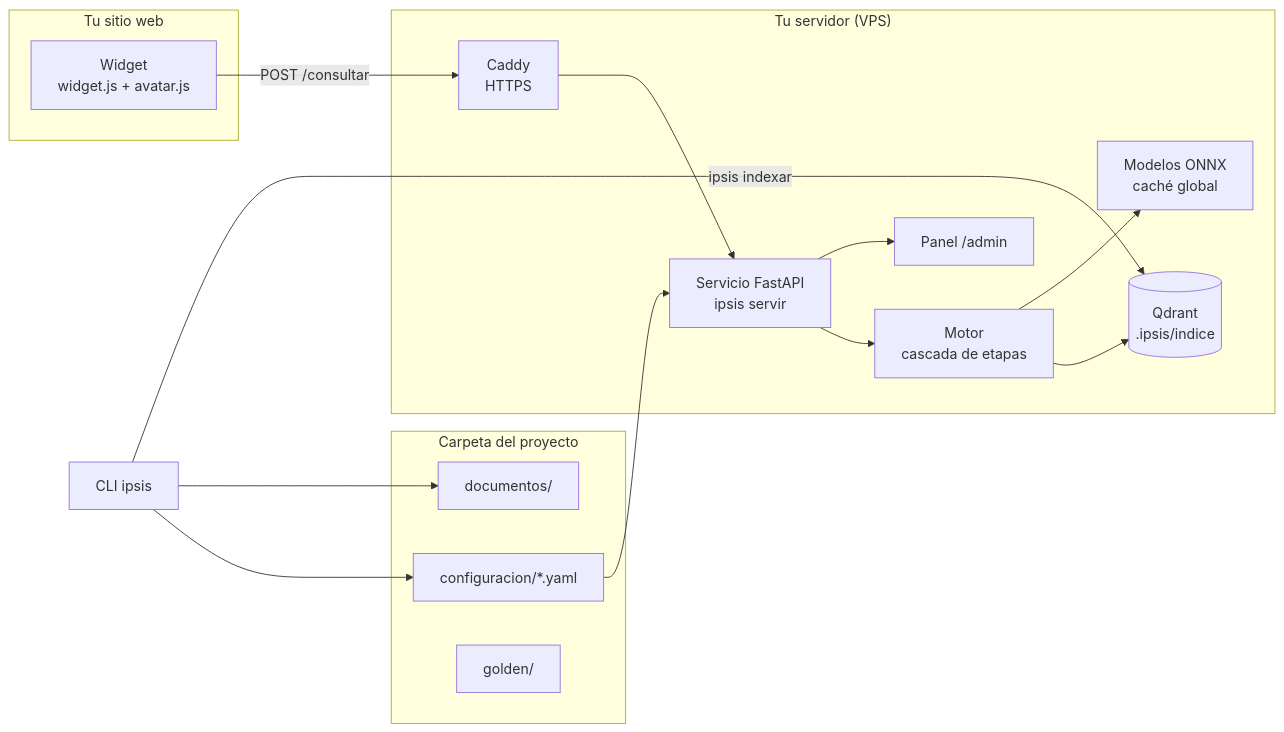
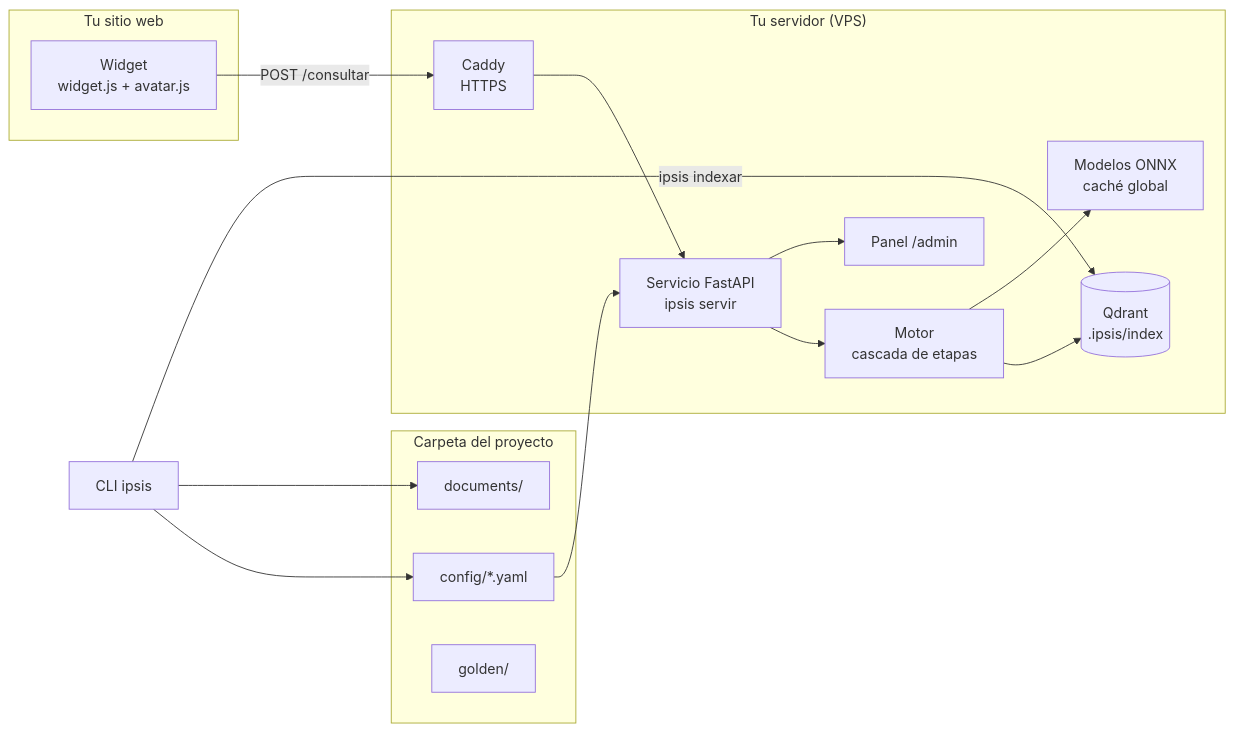
One commit to ClaudioH19/ipsis changed the first of 6 diagrams in docs/arquitectura.md. Above: the diagram before and after it, drawn with Mermaid. The commit also changed other lines of this file and 120 other files, not shown here.

First line of the commit message:
Fase 2 de ipsis: proyecto y configuración en inglés (config_version 5)

````diff
--- a/docs/arquitectura.md
+++ b/docs/arquitectura.md
@@ -20,23 +20,23 @@
 ```mermaid
 flowchart LR
     subgraph Sitio["Tu sitio web"]
         W["Widget<br/>widget.js + avatar.js"]
     end
     subgraph Servidor["Tu servidor (VPS)"]
         C["Caddy<br/>HTTPS"] --> API["Servicio FastAPI<br/>ipsis servir"]
         API --> M["Motor<br/>cascada de etapas"]
-        M --> Q[("Qdrant<br/>.ipsis/indice")]
+        M --> Q[("Qdrant<br/>.ipsis/index")]
         M --> O["Modelos ONNX<br/>caché global"]
         API --> P["Panel /admin"]
     end
     subgraph Proyecto["Carpeta del proyecto"]
-        CFG["configuracion/*.yaml"]
-        DOC["documentos/"]
+        CFG["config/*.yaml"]
+        DOC["documents/"]
         G["golden/"]
     end
     W -- "POST /consultar" --> C
     CLI["CLI ipsis"] --> CFG
     CLI --> DOC
     CLI -- "ipsis indexar" --> Q
     CFG --> API
 ```
````
